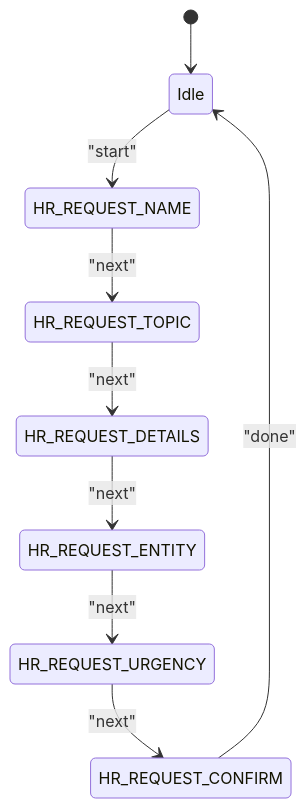
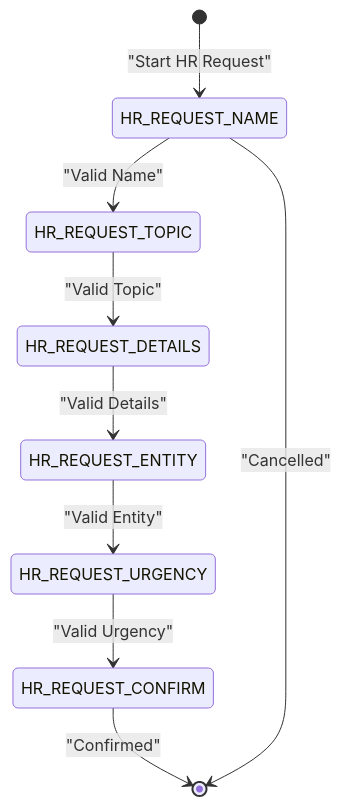
Before and after one commit to ognelis/cafetera_hr_bot: the seventh of 10 diagrams in .qoder/repowiki/en/content/Keyboard System.md, drawn with Mermaid. The commit also changed other lines of this file and 15 other files, not shown here.

````diff
--- a/.qoder/repowiki/en/content/Keyboard System.md
+++ b/.qoder/repowiki/en/content/Keyboard System.md
@@ -260,11 +304,11 @@
 ```mermaid
 stateDiagram-v2
-[*] --> Idle
-Idle --> HR_REQUEST_NAME : "start"
-HR_REQUEST_NAME --> HR_REQUEST_TOPIC : "next"
-HR_REQUEST_TOPIC --> HR_REQUEST_DETAILS : "next"
-HR_REQUEST_DETAILS --> HR_REQUEST_ENTITY : "next"
-HR_REQUEST_ENTITY --> HR_REQUEST_URGENCY : "next"
-HR_REQUEST_URGENCY --> HR_REQUEST_CONFIRM : "next"
-HR_REQUEST_CONFIRM --> Idle : "done"
+[*] --> HR_REQUEST_NAME : "Start HR Request"
+HR_REQUEST_NAME --> HR_REQUEST_TOPIC : "Valid Name"
+HR_REQUEST_TOPIC --> HR_REQUEST_DETAILS : "Valid Topic"
+HR_REQUEST_DETAILS --> HR_REQUEST_ENTITY : "Valid Details"
+HR_REQUEST_ENTITY --> HR_REQUEST_URGENCY : "Valid Entity"
+HR_REQUEST_URGENCY --> HR_REQUEST_CONFIRM : "Valid Urgency"
+HR_REQUEST_CONFIRM --> [*] : "Confirmed"
+HR_REQUEST_NAME --> [*] : "Cancelled"
 ```
````
